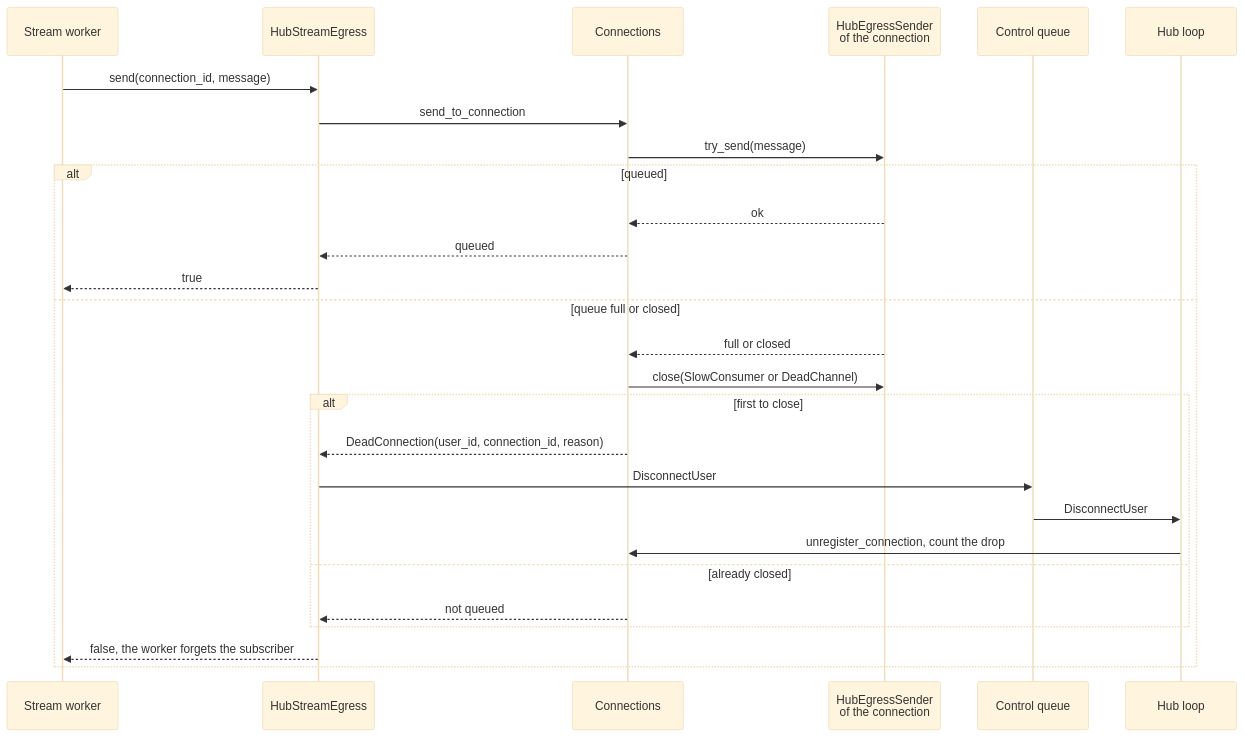
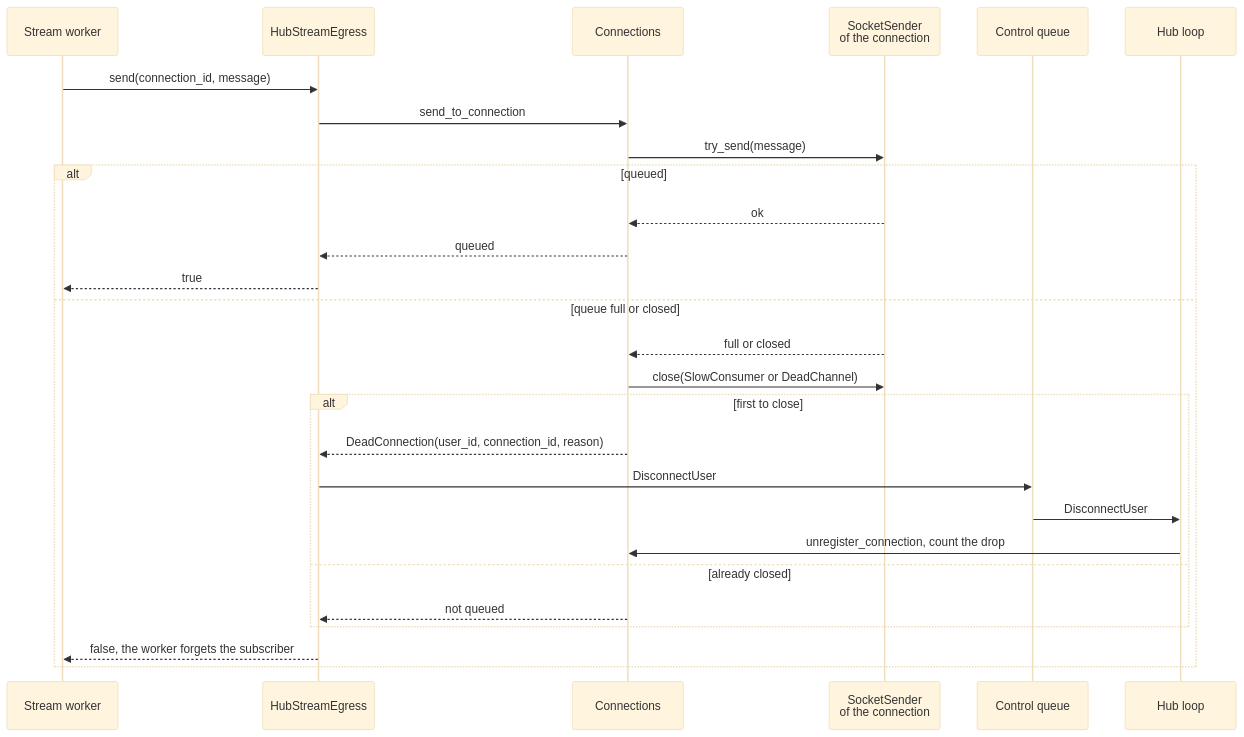
Before and after one commit to gzp79/shine-services: the second of 7 diagrams in docs/services/builder/hub.md, drawn with Mermaid (base theme). The commit also changed other lines of this file and 24 other files, not shown here.

````diff
--- a/docs/services/builder/hub.md
+++ b/docs/services/builder/hub.md
@@ -87,30 +87,30 @@
 ```mermaid
 sequenceDiagram
     participant W as Stream worker
     participant SE as HubStreamEgress
     participant CN as Connections
-    participant TX as HubEgressSender<br/>of the connection
+    participant TX as SocketSender<br/>of the connection
     participant CQ as Control queue
     participant L as Hub loop
 
     W->>SE: send(connection_id, message)
     SE->>CN: send_to_connection
     CN->>TX: try_send(message)
     alt queued
         TX-->>CN: ok
         CN-->>SE: queued
         SE-->>W: true
     else queue full or closed
         TX-->>CN: full or closed
         CN->>TX: close(SlowConsumer or DeadChannel)
         alt first to close
             CN-->>SE: DeadConnection(user_id, connection_id, reason)
             SE->>CQ: DisconnectUser
             CQ->>L: DisconnectUser
             L->>CN: unregister_connection, count the drop
         else already closed
             CN-->>SE: not queued
         end
         SE-->>W: false, the worker forgets the subscriber
     end
 ```
````
